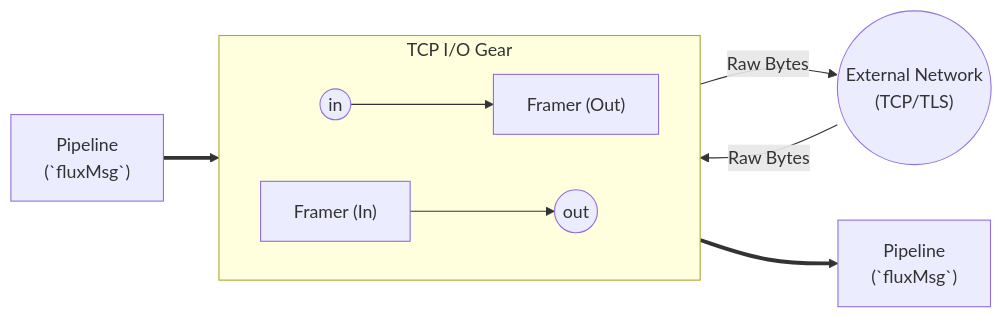
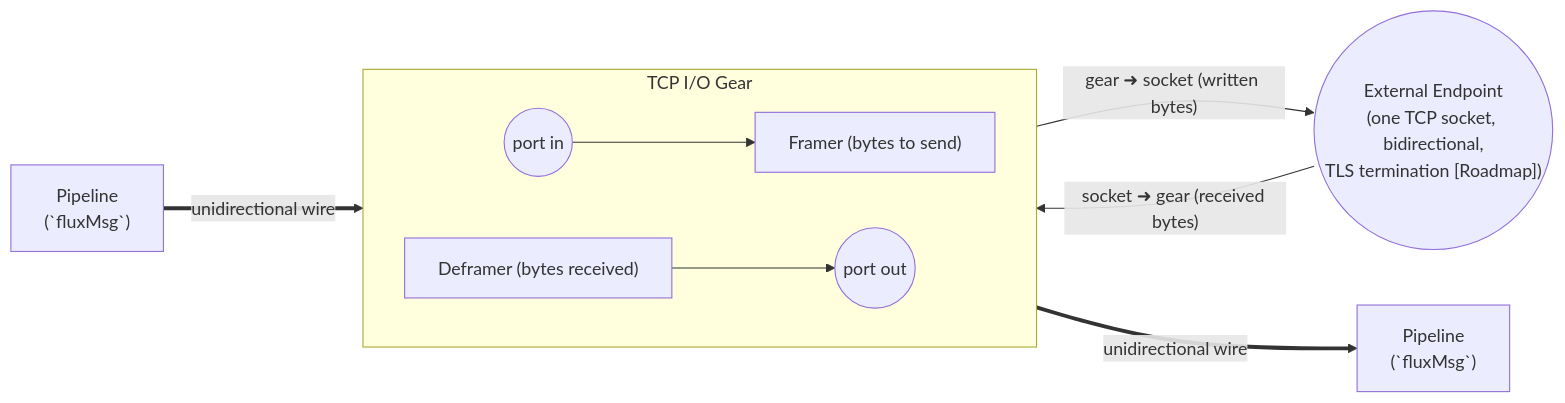
One commit to fluxrig/website changed the diagram in docs/reference/gears/io_tcp.md. Above: the diagram before and after it, drawn with Mermaid. The commit also changed other lines of this file and 44 other files, not shown here.

````diff
--- a/docs/reference/gears/io_tcp.md
+++ b/docs/reference/gears/io_tcp.md
@@ -42,13 +75,13 @@
 ```mermaid
 graph LR
     subgraph io_tcp ["TCP I/O Gear"]
         direction LR
-        PORT_IN((in)) --> Framer_Out["Framer (Out)"]
-        Framer_In["Framer (In)"] --> PORT_OUT((out))
+        PORT_IN((port in)) --> Framer_Out["Framer (bytes to send)"]
+        Framer_In["Deframer (bytes received)"] --> PORT_OUT((port out))
     end
-    NET(("External Network<br/>(TCP/TLS)"))
-    Framer_Out -->|"Raw Bytes"| NET
-    NET -->|"Raw Bytes"| Framer_In
-    Pipeline_In["Pipeline<br/>(`fluxMsg`)"] ==> PORT_IN
-    PORT_OUT ==> Pipeline_Out["Pipeline<br/>(`fluxMsg`)"]
+    NET(("External Endpoint<br/>(one TCP socket, bidirectional,<br/>TLS termination [Roadmap])"))
+    Framer_Out -->|"gear ➜ socket (written bytes)"| NET
+    NET -->|"socket ➜ gear (received bytes)"| Framer_In
+    Pipeline_In["Pipeline<br/>(`fluxMsg`)"] ==>|"unidirectional wire"| PORT_IN
+    PORT_OUT ==>|"unidirectional wire"| Pipeline_Out["Pipeline<br/>(`fluxMsg`)"]
 ```
````
